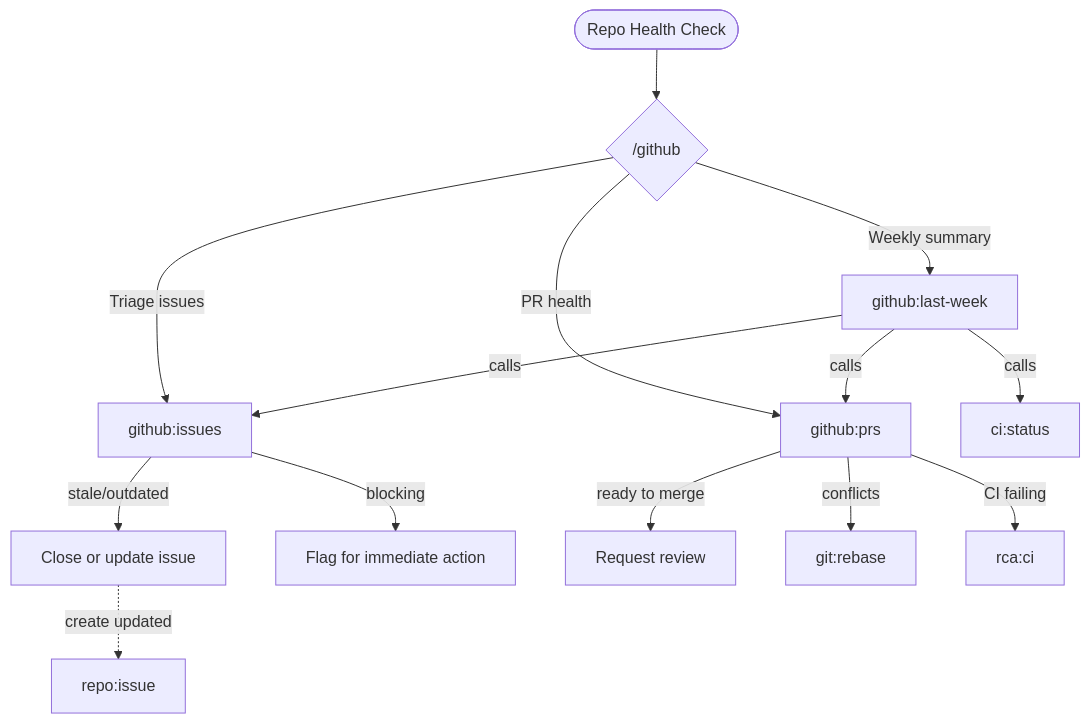
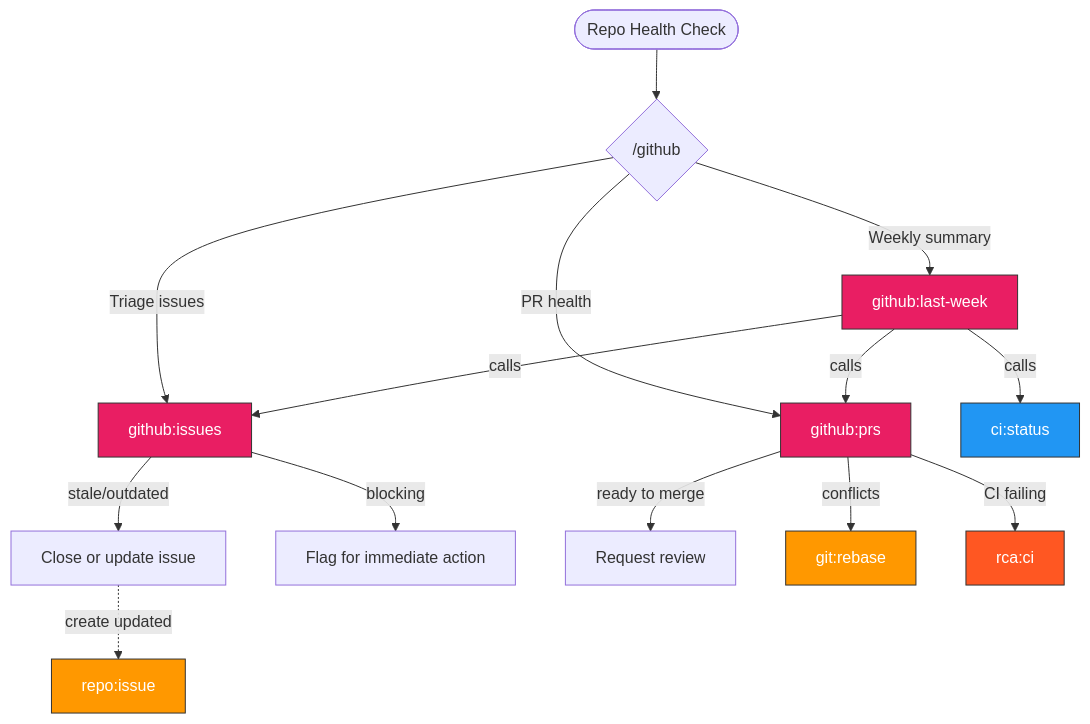
Before and after one commit to pdettori/kagenti: the sixth of 8 diagrams in .claude/skills/README.md, drawn with Mermaid. The commit also changed other lines of this file and 13 other files, not shown here.

First line of the commit message:
🌱 Add TOC, color-coded diagrams, cross-links, and review fixes

````diff
--- a/.claude/skills/README.md
+++ b/.claude/skills/README.md
@@ -143,19 +195,24 @@
 ```mermaid
 flowchart TD
     START([Repo Health Check]) --> GH{"/github"}
-    GH -->|Weekly summary| WEEK["github:last-week"]
-    GH -->|Triage issues| ISSUES["github:issues"]
-    GH -->|PR health| PRS["github:prs"]
+    GH -->|Weekly summary| WEEK["github:last-week"]:::github
+    GH -->|Triage issues| ISSUES["github:issues"]:::github
+    GH -->|PR health| PRS["github:prs"]:::github
 
     WEEK -->|calls| ISSUES
     WEEK -->|calls| PRS
-    WEEK -->|calls| CISTATUS["ci:status"]
+    WEEK -->|calls| CISTATUS["ci:status"]:::ci
 
-    ISSUES -->|stale/outdated| CLOSE["Close or update issue"]
-    ISSUES -->|blocking| PRIORITY["Flag for immediate action"]
-    PRS -->|ready to merge| REVIEW["Request review"]
-    PRS -->|conflicts| REBASE["git:rebase"]
-    PRS -->|CI failing| RCA["rca:ci"]
+    ISSUES -->|stale/outdated| CLOSE[Close or update issue]
+    ISSUES -->|blocking| PRIORITY[Flag for immediate action]
+    PRS -->|ready to merge| REVIEW[Request review]
+    PRS -->|conflicts| REBASE["git:rebase"]:::git
+    PRS -->|CI failing| RCA["rca:ci"]:::rca
 
-    CLOSE -.->|create updated| REPOISSUE["repo:issue"]
+    CLOSE -.->|create updated| REPOISSUE["repo:issue"]:::git
+
+    classDef github fill:#E91E63,stroke:#333,color:white
+    classDef git fill:#FF9800,stroke:#333,color:white
+    classDef ci fill:#2196F3,stroke:#333,color:white
+    classDef rca fill:#FF5722,stroke:#333,color:white
 ```
````
